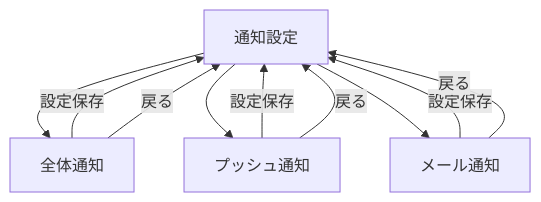
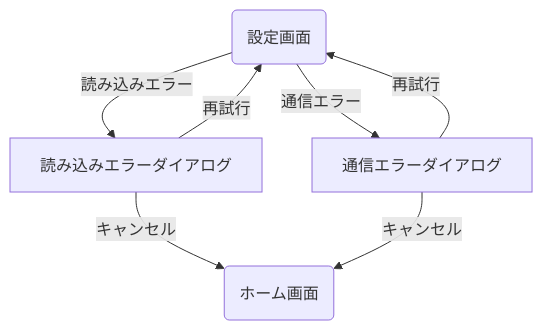
The third of 3 diagrams in docs/template/screen_flow/settings.md (yumemi-inc/flutter-mobile-project-docs-template), drawn with Mermaid before and after one commit. The commit also changed other lines of this file and 4 other files, not shown here.

````diff
--- a/docs/template/screen_flow/settings.md
+++ b/docs/template/screen_flow/settings.md
@@ -102,14 +54,10 @@
 ```mermaid
-flowchart TD
-    NotifSettings[通知設定] --> GeneralNotif[全体通知]
-    NotifSettings --> PushNotif[プッシュ通知]
-    NotifSettings --> EmailNotif[メール通知]
+graph TD
+    SC003(設定画面) -- "読み込みエラー" --> LoadError[読み込みエラーダイアログ]
+    LoadError -- "再試行" --> SC003
+    LoadError -- "キャンセル" --> SC002(ホーム画面)
     
-    GeneralNotif -- "設定保存" --> NotifSettings
-    PushNotif -- "設定保存" --> NotifSettings
-    EmailNotif -- "設定保存" --> NotifSettings
-    
-    GeneralNotif -- "戻る" --> NotifSettings
-    PushNotif -- "戻る" --> NotifSettings
-    EmailNotif -- "戻る" --> NotifSettings
+    SC003 -- "通信エラー" --> ConnError[通信エラーダイアログ]
+    ConnError -- "再試行" --> SC003
+    ConnError -- "キャンセル" --> SC002
 ```
````
